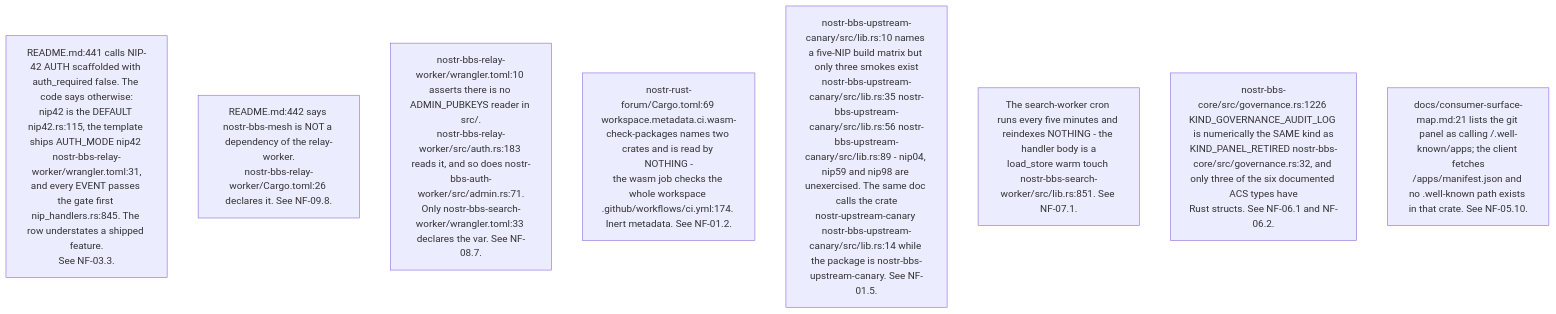
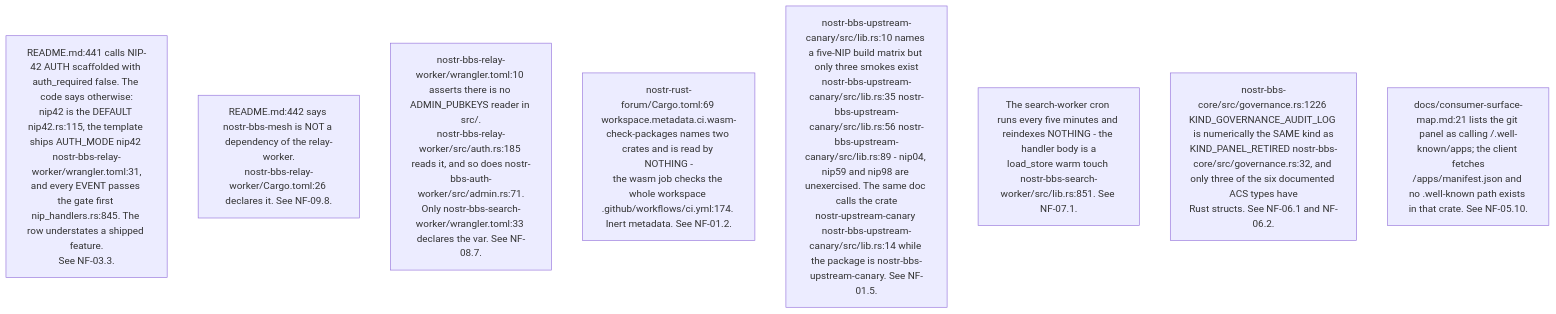
Before and after one commit to DreamLab-AI/VisionFlow: the fifth of 10 diagrams in docs/diagrams/nostr-rust-forum/10-invariants-and-anomaly-register.md, drawn with Mermaid. The commit also changed other lines of this file and 26 other files, not shown here.

First line of the commit message:
docs(diagrams): re-verify solid-pod-rs, nostr-rust-forum and visionclaw 22/36 against HEAD

````diff
--- a/docs/diagrams/nostr-rust-forum/10-invariants-and-anomaly-register.md
+++ b/docs/diagrams/nostr-rust-forum/10-invariants-and-anomaly-register.md
@@ -123,11 +125,11 @@
 ```mermaid
 flowchart TB
     DD1["README.md:441 calls NIP-42 AUTH scaffolded with auth_required false. The code says otherwise:<br/>nip42 is the DEFAULT nip42.rs:115, the template ships AUTH_MODE nip42 nostr-bbs-relay-worker/wrangler.toml:31,<br/>and every EVENT passes the gate first nip_handlers.rs:845. The row understates a shipped feature.<br/>See NF-03.3."]
     DD2["README.md:442 says nostr-bbs-mesh is NOT a dependency of the relay-worker.<br/>nostr-bbs-relay-worker/Cargo.toml:26 declares it. See NF-09.8."]
-    DD3["nostr-bbs-relay-worker/wrangler.toml:10 asserts there is no ADMIN_PUBKEYS reader in src/.<br/>nostr-bbs-relay-worker/src/auth.rs:183 reads it, and so does nostr-bbs-auth-worker/src/admin.rs:71.<br/>Only nostr-bbs-search-worker/wrangler.toml:33 declares the var. See NF-08.7."]
+    DD3["nostr-bbs-relay-worker/wrangler.toml:10 asserts there is no ADMIN_PUBKEYS reader in src/.<br/>nostr-bbs-relay-worker/src/auth.rs:185 reads it, and so does nostr-bbs-auth-worker/src/admin.rs:71.<br/>Only nostr-bbs-search-worker/wrangler.toml:33 declares the var. See NF-08.7."]
     DD4["nostr-rust-forum/Cargo.toml:69 workspace.metadata.ci.wasm-check-packages names two crates and is read by NOTHING -<br/>the wasm job checks the whole workspace .github/workflows/ci.yml:174. Inert metadata. See NF-01.2."]
     DD5["nostr-bbs-upstream-canary/src/lib.rs:10 names a five-NIP build matrix but only three smokes exist<br/>nostr-bbs-upstream-canary/src/lib.rs:35 nostr-bbs-upstream-canary/src/lib.rs:56 nostr-bbs-upstream-canary/src/lib.rs:89 - nip04, nip59 and nip98 are unexercised. The same doc calls the crate<br/>nostr-upstream-canary nostr-bbs-upstream-canary/src/lib.rs:14 while the package is nostr-bbs-upstream-canary. See NF-01.5."]
     DD6["The search-worker cron runs every five minutes and reindexes NOTHING - the handler body is a<br/>load_store warm touch nostr-bbs-search-worker/src/lib.rs:851. See NF-07.1."]
     DD7["nostr-bbs-core/src/governance.rs:1226 KIND_GOVERNANCE_AUDIT_LOG is numerically the SAME kind as<br/>KIND_PANEL_RETIRED nostr-bbs-core/src/governance.rs:32, and only three of the six documented ACS types have<br/>Rust structs. See NF-06.1 and NF-06.2."]
     DD8["docs/consumer-surface-map.md:21 lists the git panel as calling /.well-known/apps; the client fetches<br/>/apps/manifest.json and no .well-known path exists in that crate. See NF-05.10."]
 ```
````
